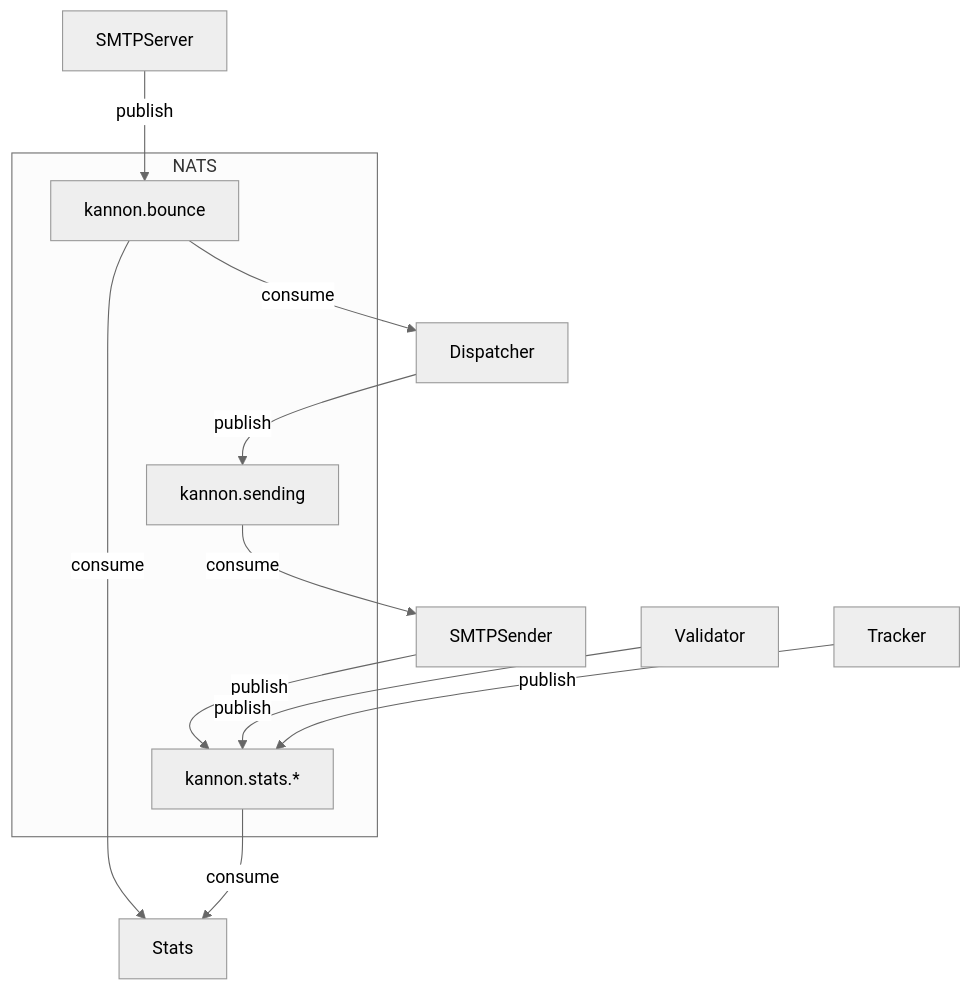
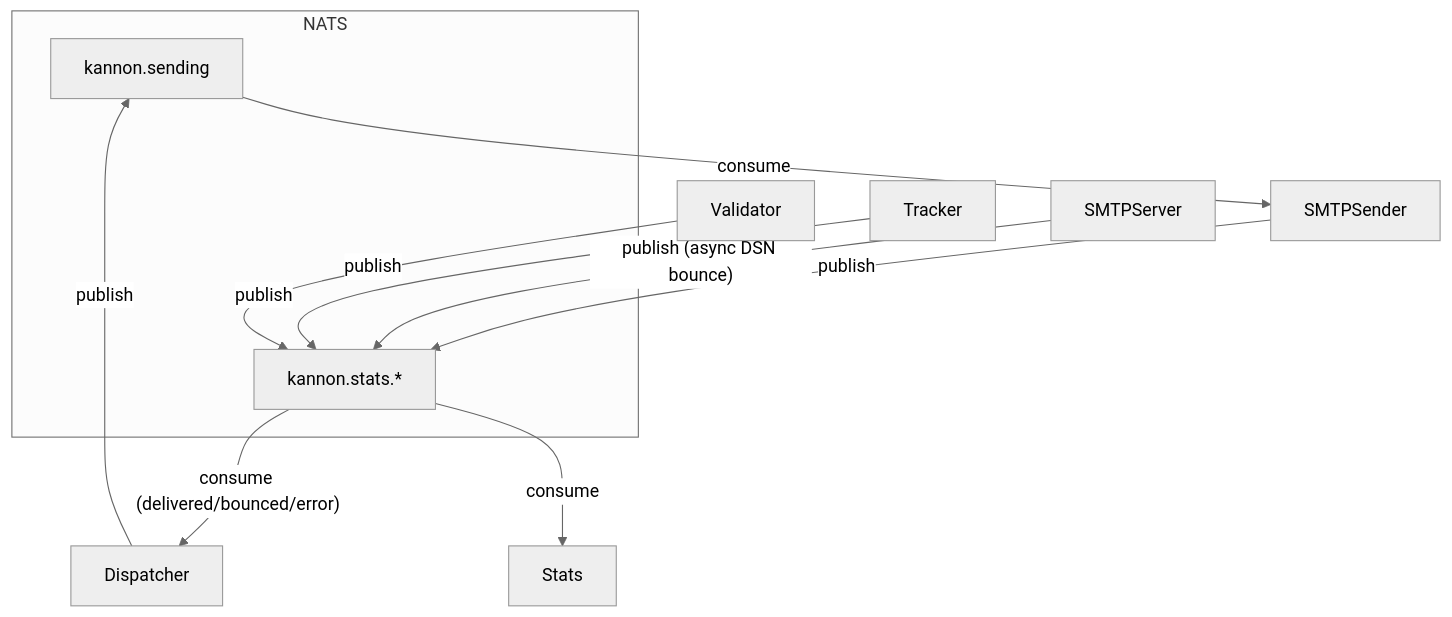
The first of 2 diagrams in ARCHITECTURE.md (kannon-email/kannon), drawn with Mermaid (neutral theme) before and after one commit. The commit also changed other lines of this file and 3 other files, not shown here.

````diff
--- a/ARCHITECTURE.md
+++ b/ARCHITECTURE.md
@@ -261,17 +260,15 @@
 ```mermaid
 flowchart TD
     subgraph NATS
         SENDING["kannon.sending"]
         STATS["kannon.stats.*"]
-        BOUNCE["kannon.bounce"]
     end
     Dispatcher -- "publish" --> SENDING
     SENDING -- "consume" --> SMTPSender
     SMTPSender -- "publish" --> STATS
     Validator -- "publish" --> STATS
     Tracker -- "publish" --> STATS
-    SMTPServer -- "publish" --> BOUNCE
-    BOUNCE -- "consume" --> Dispatcher
-    BOUNCE -- "consume" --> Stats
+    SMTPServer -- "publish (async DSN bounce)" --> STATS
     STATS -- "consume" --> Stats
+    STATS -- "consume (delivered/bounced/error)" --> Dispatcher
 ```
````
